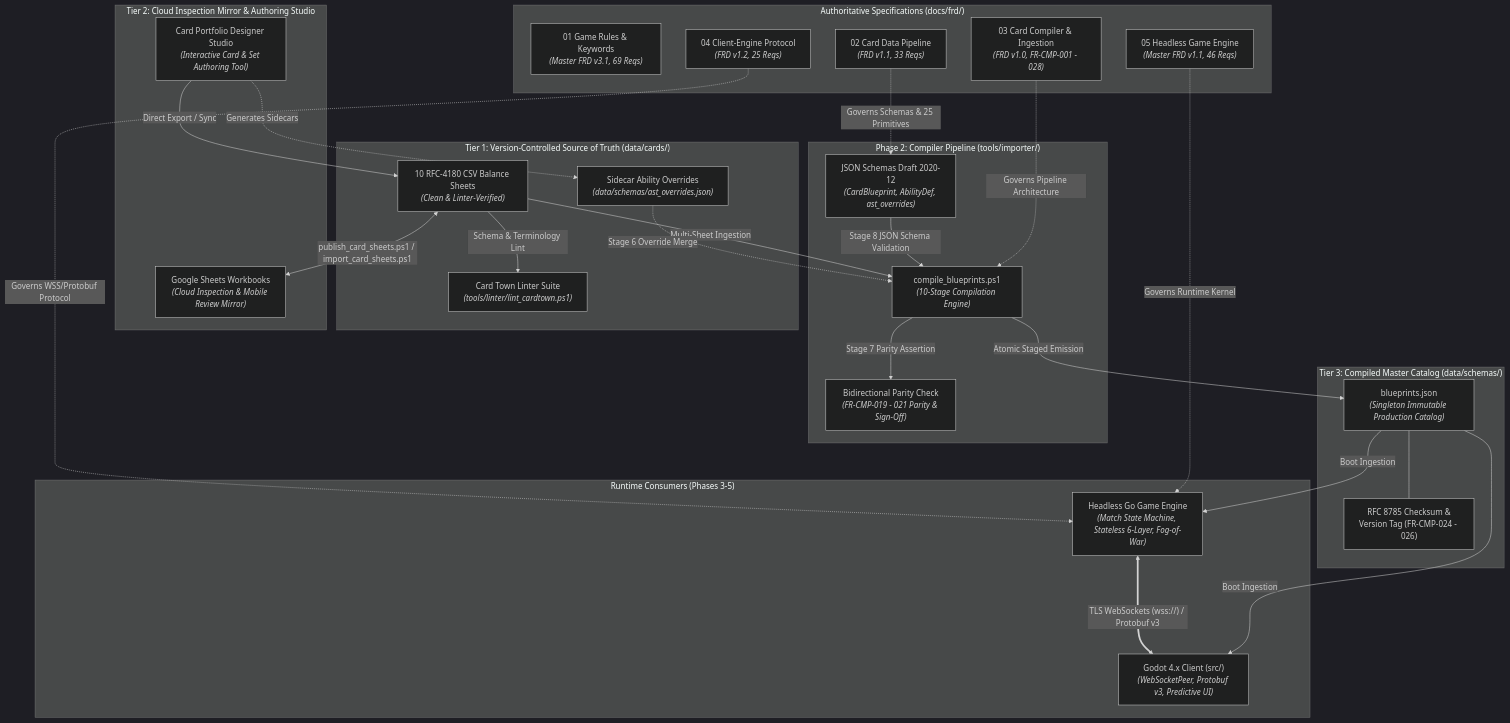
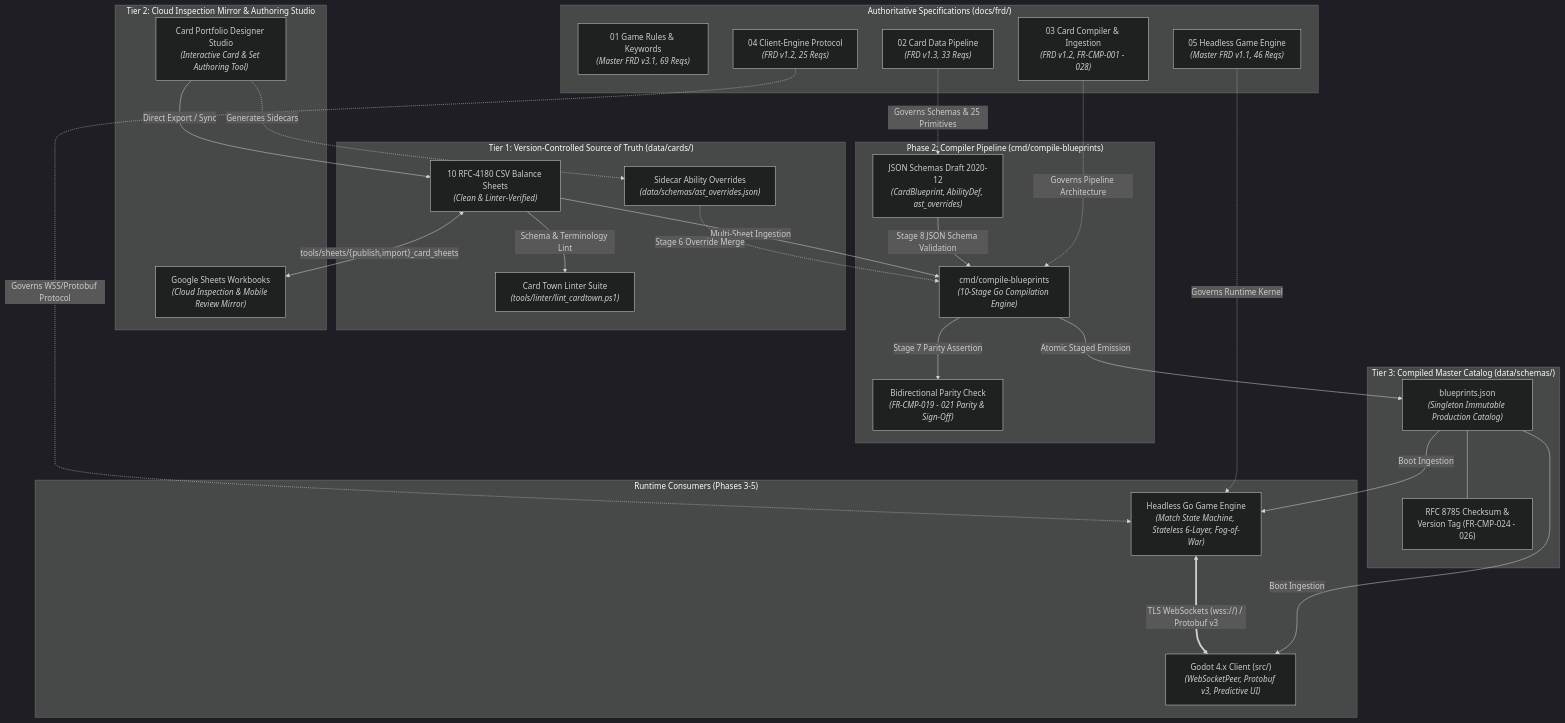
The first of 2 diagrams in docs/PRODUCT_SUMMARY.md (hailstorm01/animus-mundi), drawn with Mermaid (dark theme) before and after one commit. The commit also changed other lines of this file and 3 other files, not shown here.

Commit message:
docs(frd,tdd): pivot card compiler and pipeline specifications to pure Go

````diff
--- a/docs/PRODUCT_SUMMARY.md
+++ b/docs/PRODUCT_SUMMARY.md
@@ -122,55 +122,55 @@
 ```mermaid
 flowchart TD
     subgraph Tier1["Tier 1: Version-Controlled Source of Truth (data/cards/)"]
         CSV["10 RFC-4180 CSV Balance Sheets<br/><i>(Clean & Linter-Verified)</i>"]
         Overrides["Sidecar Ability Overrides<br/><i>(data/schemas/ast_overrides.json)</i>"]
         LinterSuite["Card Town Linter Suite<br/><i>(tools/linter/lint_cardtown.ps1)</i>"]
     end
 
     subgraph Tier2["Tier 2: Cloud Inspection Mirror & Authoring Studio"]
         GS["Google Sheets Workbooks<br/><i>(Cloud Inspection & Mobile Review Mirror)</i>"]
         Studio["Card Portfolio Designer Studio<br/><i>(Interactive Card & Set Authoring Tool)</i>"]
     end
 
     subgraph Specs["Authoritative Specifications (docs/frd/)"]
         FRD_Rules["01 Game Rules & Keywords<br/><i>(Master FRD v3.1, 69 Reqs)</i>"]
-        FRD_Pipe["02 Card Data Pipeline<br/><i>(FRD v1.1, 33 Reqs)</i>"]
-        FRD_Comp["03 Card Compiler & Ingestion<br/><i>(FRD v1.0, FR-CMP-001 - 028)</i>"]
+        FRD_Pipe["02 Card Data Pipeline<br/><i>(FRD v1.3, 33 Reqs)</i>"]
+        FRD_Comp["03 Card Compiler & Ingestion<br/><i>(FRD v1.2, FR-CMP-001 - 028)</i>"]
         FRD_Net["04 Client-Engine Protocol<br/><i>(FRD v1.2, 25 Reqs)</i>"]
         FRD_Eng["05 Headless Game Engine<br/><i>(Master FRD v1.1, 46 Reqs)</i>"]
     end
 
-    subgraph Compiler["Phase 2: Compiler Pipeline (tools/importer/)"]
-        Pipeline["compile_blueprints.ps1<br/><i>(10-Stage Compilation Engine)</i>"]
+    subgraph Compiler["Phase 2: Compiler Pipeline (cmd/compile-blueprints)"]
+        Pipeline["cmd/compile-blueprints<br/><i>(10-Stage Go Compilation Engine)</i>"]
         Schemas["JSON Schemas Draft 2020-12<br/><i>(CardBlueprint, AbilityDef, ast_overrides)</i>"]
         Parity["Bidirectional Parity Check<br/><i>(FR-CMP-019 - 021 Parity & Sign-Off)</i>"]
     end
 
     subgraph Tier3["Tier 3: Compiled Master Catalog (data/schemas/)"]
         MasterJSON["blueprints.json<br/><i>(Singleton Immutable Production Catalog)</i>"]
         Fingerprint["RFC 8785 Checksum &<br/>Version Tag (FR-CMP-024 - 026)"]
     end
 
     subgraph Runtime["Runtime Consumers (Phases 3-5)"]
         Server["Headless Go Game Engine<br/><i>(Match State Machine, Stateless 6-Layer, Fog-of-War)</i>"]
         Client["Godot 4.x Client (src/)<br/><i>(WebSocketPeer, Protobuf v3, Predictive UI)</i>"]
     end
 
-    CSV <-->|"publish_card_sheets.ps1 / import_card_sheets.ps1"| GS
+    CSV <-->|"tools/sheets/{publish,import}_card_sheets"| GS
     Studio -->|"Direct Export / Sync"| CSV
     Studio -.->|"Generates Sidecars"| Overrides
     CSV -->|"Schema & Terminology Lint"| LinterSuite
     CSV -->|"Multi-Sheet Ingestion"| Pipeline
     Overrides -.->|"Stage 6 Override Merge"| Pipeline
     FRD_Pipe -.->|"Governs Schemas & 25 Primitives"| Schemas
     FRD_Comp -.->|"Governs Pipeline Architecture"| Pipeline
     FRD_Eng -.->|"Governs Runtime Kernel"| Server
     FRD_Net -.->|"Governs WSS/Protobuf Protocol"| Server
     Schemas -->|"Stage 8 JSON Schema Validation"| Pipeline
     Pipeline -->|"Stage 7 Parity Assertion"| Parity
     Pipeline -->|"Atomic Staged Emission"| MasterJSON
     MasterJSON --- Fingerprint
     MasterJSON -->|"Boot Ingestion"| Server
     MasterJSON -->|"Boot Ingestion"| Client
     Server <===>|"TLS WebSockets (wss://) / Protobuf v3"| Client
 ```
````
